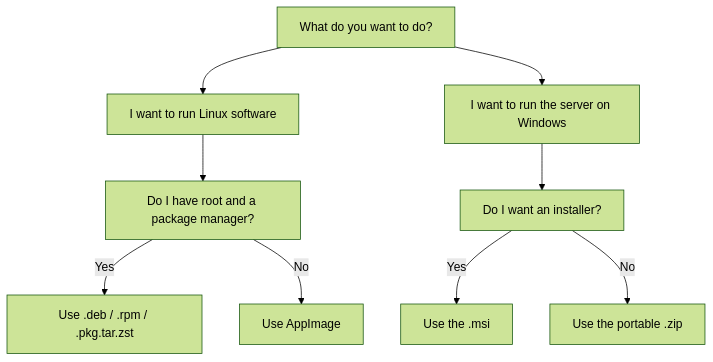
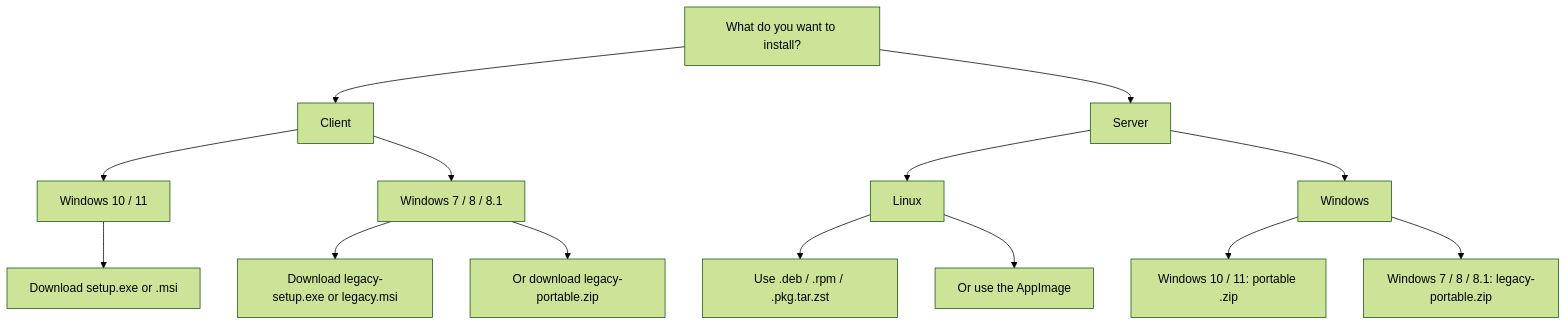
One commit to CodeAlchemy-Labs/tictactoe-rs changed the second of 3 diagrams in docs/INSTALLATION.md. Above: the diagram before and after it, drawn with Mermaid (forest theme). The commit also changed other lines of this file and 2 other files, not shown here.

First line of the commit message:
docs: update legacy build instructions, install guide, and artefact list

````diff
--- a/docs/INSTALLATION.md
+++ b/docs/INSTALLATION.md
@@ -161,13 +169,16 @@
 ```mermaid
 flowchart TD
-    Start[What do you want to do?] --> Linux[I want to run Linux software]
-    Start --> Win[I want to run the server on Windows]
-    
-    Linux --> LinuxRoot[Do I have root and a package manager?]
-    LinuxRoot -- Yes --> LinuxNative[Use .deb / .rpm / .pkg.tar.zst]
-    LinuxRoot -- No --> LinuxAppImage[Use AppImage]
-    
-    Win --> WinInstall[Do I want an installer?]
-    WinInstall -- Yes --> WinMSI[Use the .msi]
-    WinInstall -- No --> WinZip[Use the portable .zip]
+   Start[What do you want to install?] --> Client[Client]
+   Start --> Server[Server]
+   Client --> Win10[Windows 10 / 11]
+   Client --> Win7[Windows 7 / 8 / 8.1]
+   Win10 --> Win10Installer[Download setup.exe or .msi]
+   Win7 --> Win7Installer[Download legacy-setup.exe or legacy.msi]
+   Win7 --> Win7Portable[Or download legacy-portable.zip]
+   Server --> LinuxSrv[Linux]
+   Server --> WinSrv[Windows]
+   LinuxSrv --> LinuxPkg[Use .deb / .rpm / .pkg.tar.zst]
+   LinuxSrv --> LinuxAppImage[Or use the AppImage]
+   WinSrv --> Win10Srv[Windows 10 / 11: portable .zip]
+   WinSrv --> Win7Srv[Windows 7 / 8 / 8.1: legacy-portable.zip]
 ```
````
